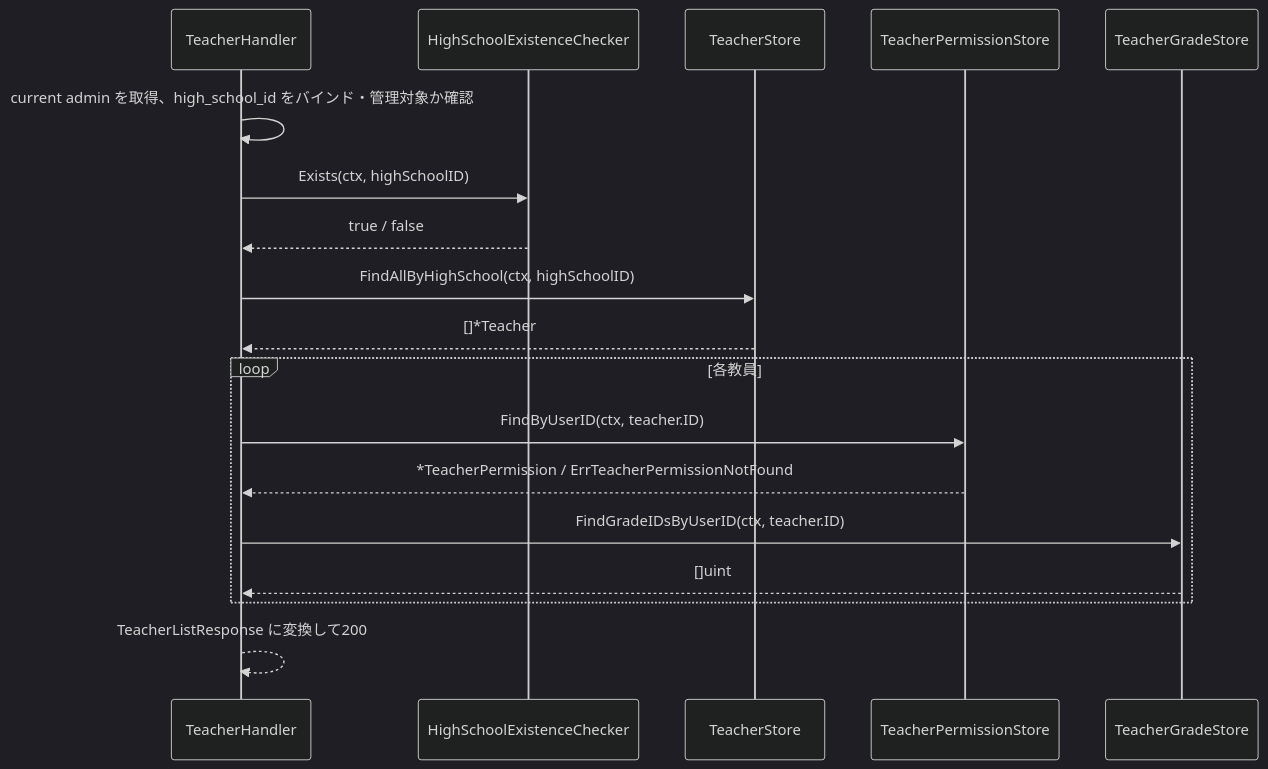
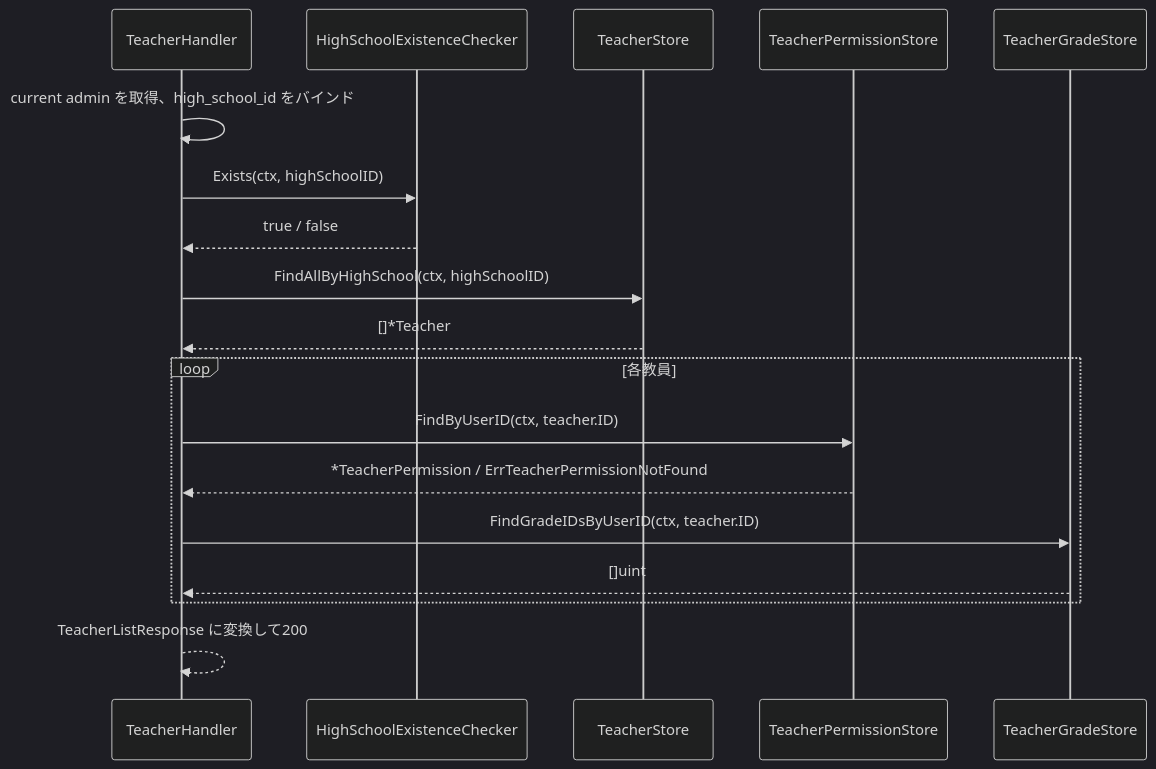
The second of 5 diagrams in 計画書/Go実装仕様書/管理者教員管理機能_Go実装仕様書.md (yuta20253/edu-platform-go-design), drawn with Mermaid (dark theme) before and after one commit. The commit also changed other lines of this file and 2 other files, not shown here.

````diff
--- a/計画書/Go実装仕様書/管理者教員管理機能_Go実装仕様書.md
+++ b/計画書/Go実装仕様書/管理者教員管理機能_Go実装仕様書.md
@@ -411,21 +420,21 @@
 ```mermaid
 sequenceDiagram
     participant H as TeacherHandler
     participant HC as HighSchoolExistenceChecker
     participant TS as TeacherStore
     participant PS as TeacherPermissionStore
     participant GS as TeacherGradeStore
 
-    H->>H: current admin を取得、high_school_id をバインド・管理対象か確認
+    H->>H: current admin を取得、high_school_id をバインド
     H->>HC: Exists(ctx, highSchoolID)
     HC-->>H: true / false
     H->>TS: FindAllByHighSchool(ctx, highSchoolID)
     TS-->>H: []*Teacher
     loop 各教員
         H->>PS: FindByUserID(ctx, teacher.ID)
         PS-->>H: *TeacherPermission / ErrTeacherPermissionNotFound
         H->>GS: FindGradeIDsByUserID(ctx, teacher.ID)
         GS-->>H: []uint
     end
     H-->>H: TeacherListResponse に変換して200
 ```
````
